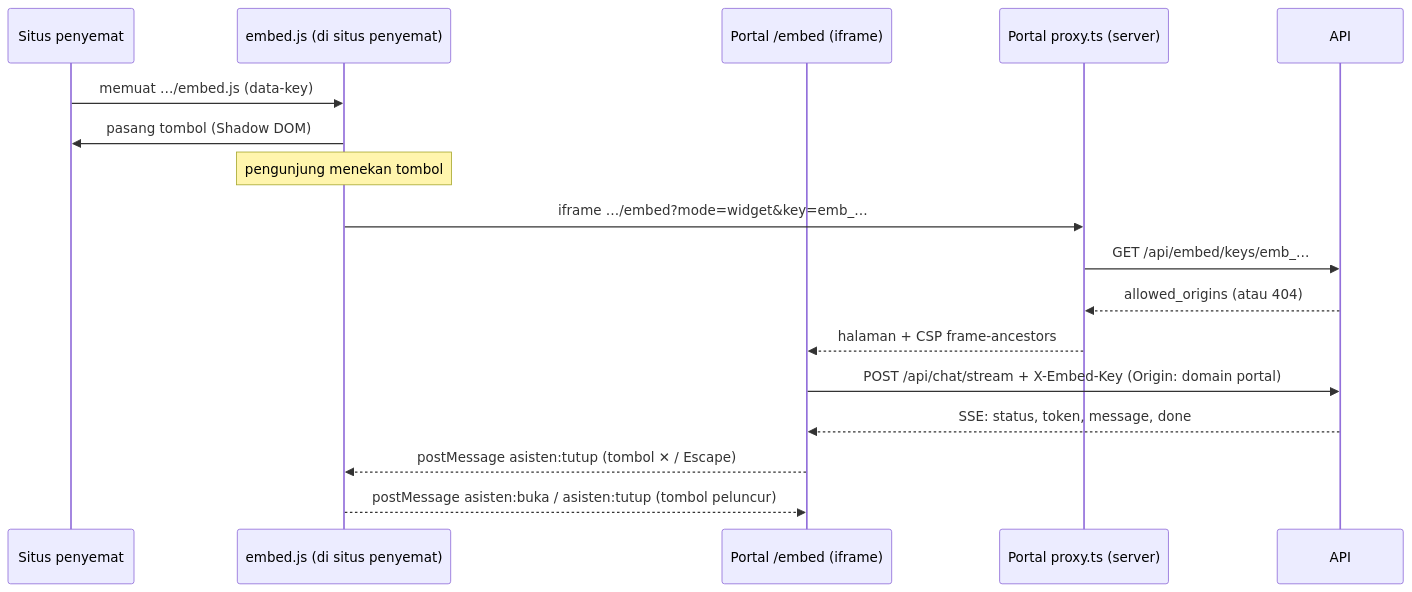
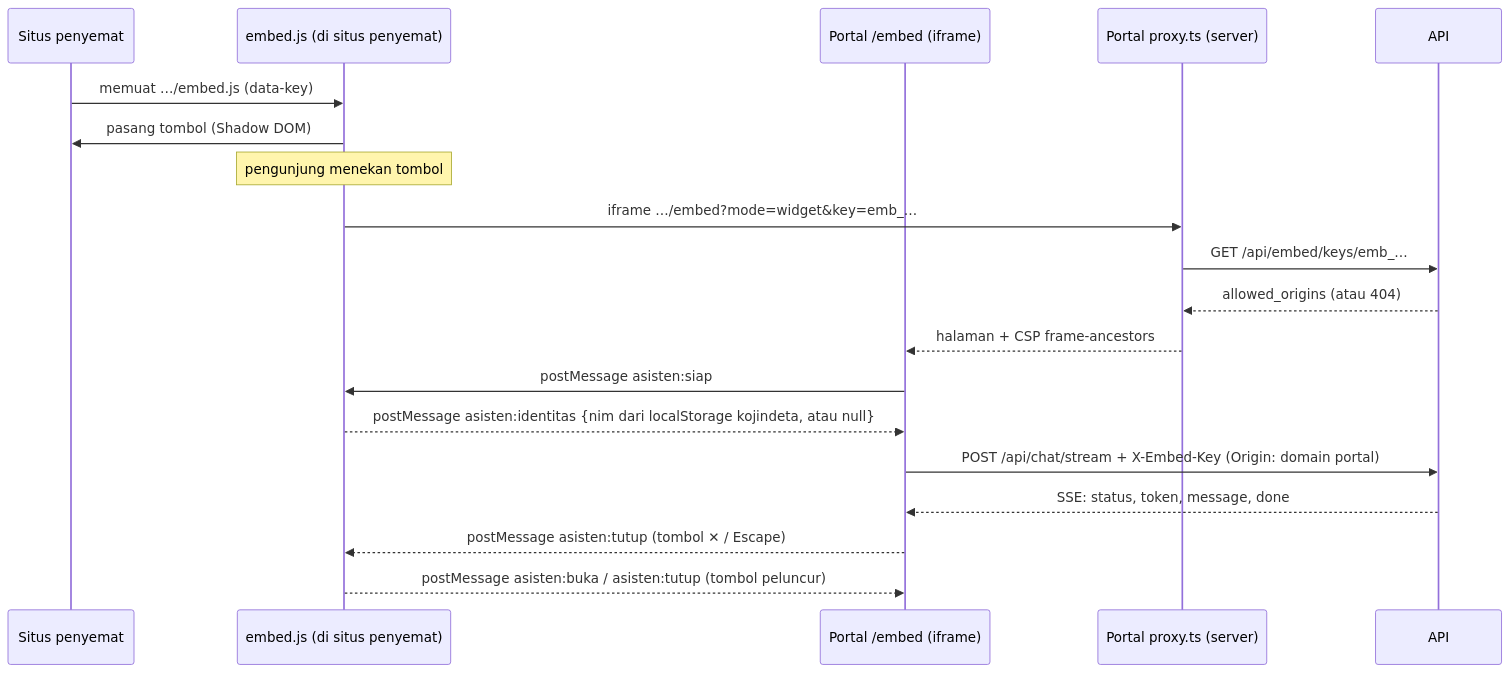
Before and after one commit to yogadwipayana/chatbot-client: the diagram in docs/embed.md, drawn with Mermaid. The commit also changed other lines of this file and 14 other files, not shown here.

````diff
--- a/docs/embed.md
+++ b/docs/embed.md
@@ -124,20 +124,22 @@
 ```mermaid
 sequenceDiagram
     participant S as Situs penyemat
     participant E as embed.js (di situs penyemat)
     participant P as Portal /embed (iframe)
     participant X as Portal proxy.ts (server)
     participant A as API
 
     S->>E: memuat …/embed.js (data-key)
     E->>S: pasang tombol (Shadow DOM)
     Note over E: pengunjung menekan tombol
     E->>X: iframe …/embed?mode=widget&key=emb_…
     X->>A: GET /api/embed/keys/emb_…
     A-->>X: allowed_origins (atau 404)
     X-->>P: halaman + CSP frame-ancestors
+    P->>E: postMessage asisten:siap
+    E-->>P: postMessage asisten:identitas {nim dari localStorage kojindeta, atau null}
     P->>A: POST /api/chat/stream + X-Embed-Key (Origin: domain portal)
     A-->>P: SSE: status, token, message, done
     P-->>E: postMessage asisten:tutup (tombol ✕ / Escape)
     E-->>P: postMessage asisten:buka / asisten:tutup (tombol peluncur)
 ```
````
